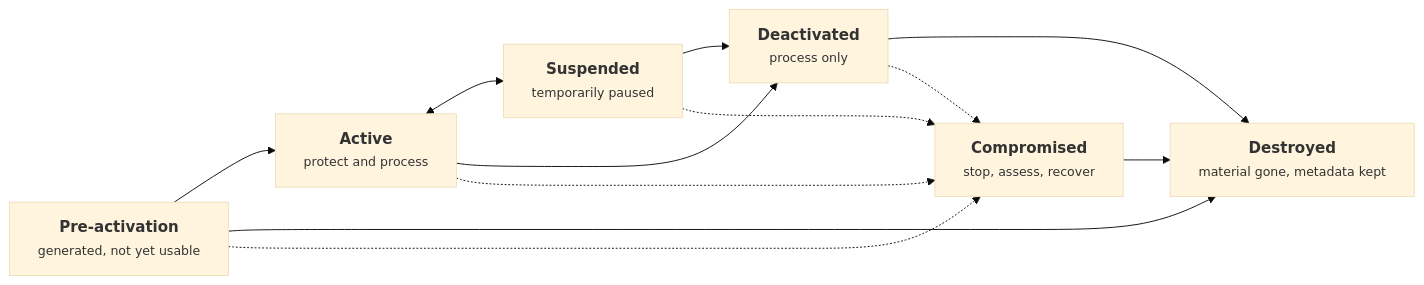
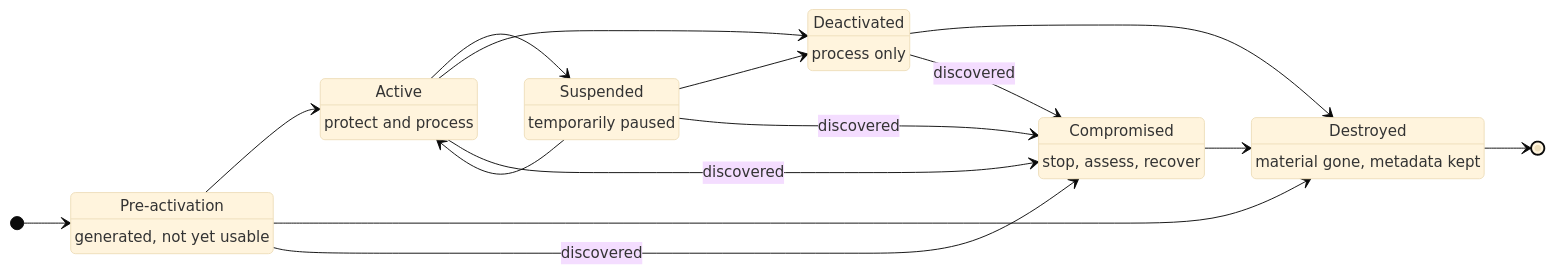
One commit to hritesh-sonawane/hritesh-sonawane.github.io changed the first of 7 diagrams in site/content/notes/cryptography/key-management/01-the-key-lifecycle.md. Above: the diagram before and after it, drawn with Mermaid (base theme). The commit also changed other lines of this file and 225 other files, not shown here.

````diff
--- a/site/content/notes/cryptography/key-management/01-the-key-lifecycle.md
+++ b/site/content/notes/cryptography/key-management/01-the-key-lifecycle.md
@@ -32,19 +32,35 @@
 ```mermaid {title="Key states in NIST SP 800-57 Part 1 Rev. 5"}
-flowchart LR
-  PA["<b>Pre-activation</b><br/><small>generated, not yet usable</small>"] --> AC["<b>Active</b><br/><small>protect and process</small>"]
-  AC <--> SU["<b>Suspended</b><br/><small>temporarily paused</small>"]
-  AC --> DE["<b>Deactivated</b><br/><small>process only</small>"]
+stateDiagram-v2
+  direction LR
+  state "Pre-activation" as PA
+  state "Active" as AC
+  state "Suspended" as SU
+  state "Deactivated" as DE
+  state "Compromised" as CO
+  state "Destroyed" as DS
+  PA : generated, not yet usable
+  AC : protect and process
+  SU : temporarily paused
+  DE : process only
+  CO : stop, assess, recover
+  DS : material gone, metadata kept
+  [*] --> PA
+  PA --> AC
+  AC --> SU
+  SU --> AC
+  AC --> DE
   SU --> DE
-  DE --> DS["<b>Destroyed</b><br/><small>material gone, metadata kept</small>"]
+  DE --> DS
   PA --> DS
-  PA -.-> CO["<b>Compromised</b><br/><small>stop, assess, recover</small>"]
-  AC -.-> CO
-  SU -.-> CO
-  DE -.-> CO
+  PA --> CO: discovered
+  AC --> CO: discovered
+  SU --> CO: discovered
+  DE --> CO: discovered
   CO --> DS
+  DS --> [*]
   class PA neutral
   class AC good
   class SU,DE memory
   class CO warn
   class DS io
 ```
````
